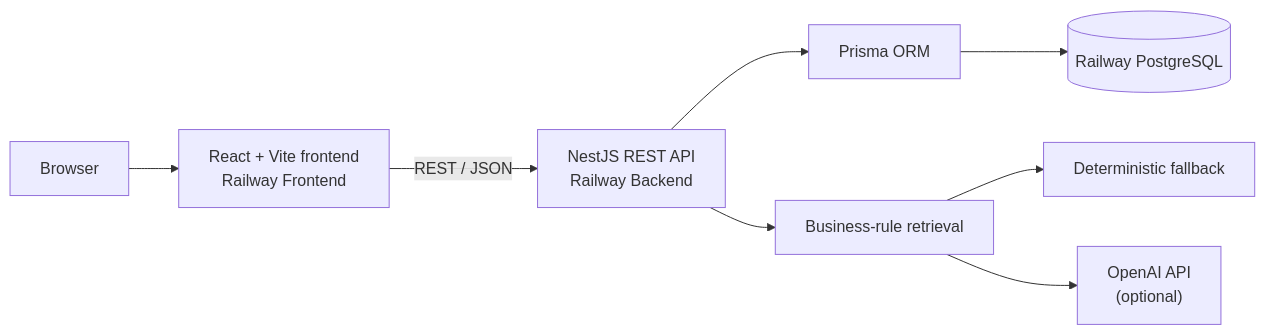
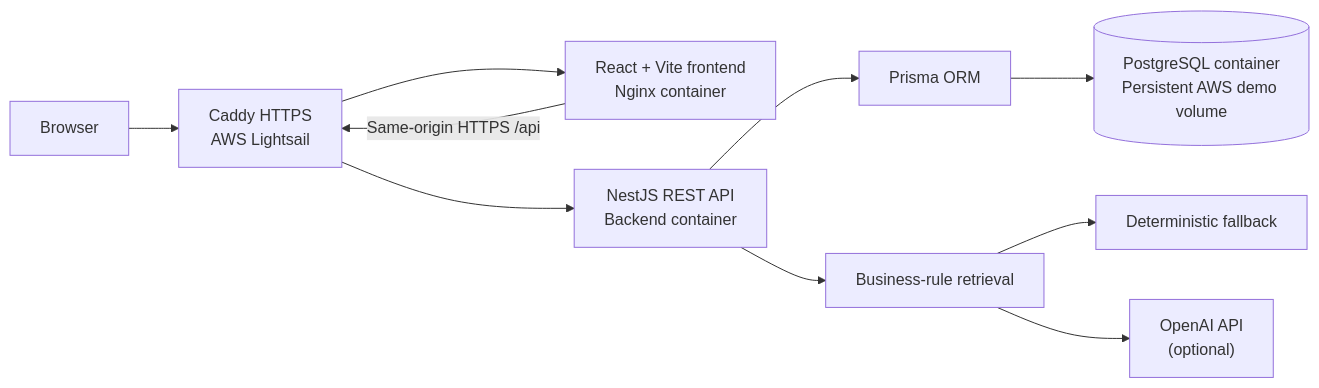
The diagram in README.md (lyccccccccccccc/ai-bookingmate), drawn with Mermaid before and after one commit. The commit also changed other lines of this file and 6 other files, not shown here.

Commit message:
Harden demo initialization and verification and document AWS as primary demo

````diff
--- a/README.md
+++ b/README.md
@@ -62,10 +62,12 @@
 ```mermaid
 flowchart LR
-    Browser["Browser"] --> Frontend["React + Vite frontend<br/>Railway Frontend"]
-    Frontend -->|"REST / JSON"| API["NestJS REST API<br/>Railway Backend"]
+    Browser["Browser"] --> Caddy["Caddy HTTPS<br/>AWS Lightsail"]
+    Caddy --> Frontend["React + Vite frontend<br/>Nginx container"]
+    Frontend -->|"Same-origin HTTPS /api"| Caddy
+    Caddy --> API["NestJS REST API<br/>Backend container"]
     API --> Prisma["Prisma ORM"]
-    Prisma --> Database[("Railway PostgreSQL")]
+    Prisma --> Database[("PostgreSQL container<br/>Persistent AWS demo volume")]
     API --> Rules["Business-rule retrieval"]
     Rules --> Fallback["Deterministic fallback"]
     Rules --> OpenAI["OpenAI API<br/>(optional)"]
 ```
````
